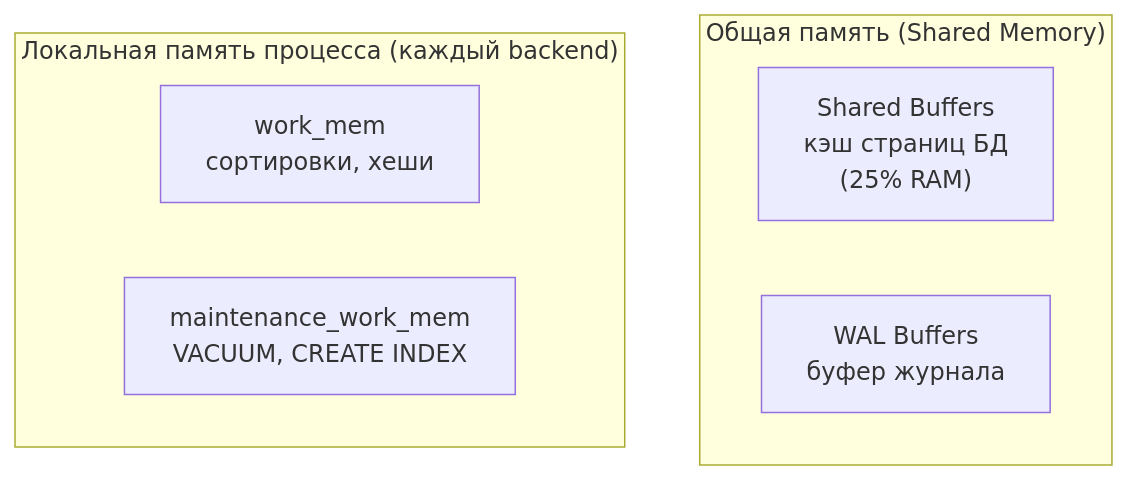
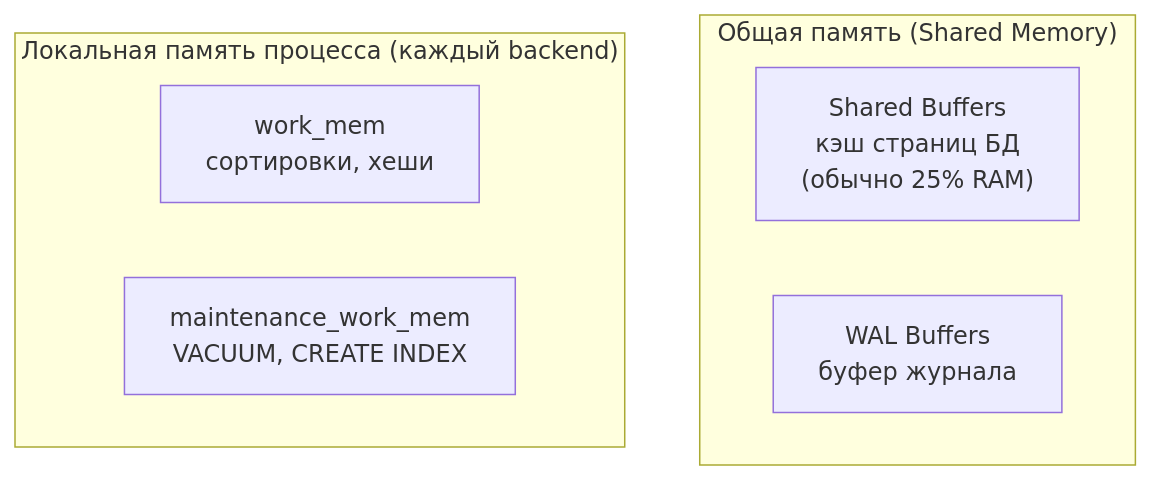
Before and after one commit to sayr777/dba: the second of 4 diagrams in lectures/lec_01/lec_01.md, drawn with Mermaid. The commit also changed other lines of this file and 24 other files, not shown here.

````diff
--- a/lectures/lec_01/lec_01.md
+++ b/lectures/lec_01/lec_01.md
@@ -78,13 +128,13 @@
 ```mermaid
 flowchart TB
     subgraph SHM["Общая память (Shared Memory)"]
         direction LR
-        SB["Shared Buffers\nкэш страниц БД\n(25% RAM)"]
-        WB["WAL Buffers\nбуфер журнала"]
+        SB["Shared Buffers<br/>кэш страниц БД<br/>(обычно 25% RAM)"]
+        WB["WAL Buffers<br/>буфер журнала"]
     end
     subgraph LM["Локальная память процесса (каждый backend)"]
         direction LR
-        WM["work_mem\nсортировки, хеши"]
-        MM["maintenance_work_mem\nVACUUM, CREATE INDEX"]
+        WM["work_mem<br/>сортировки, хеши"]
+        MM["maintenance_work_mem<br/>VACUUM, CREATE INDEX"]
     end
 ```
````
